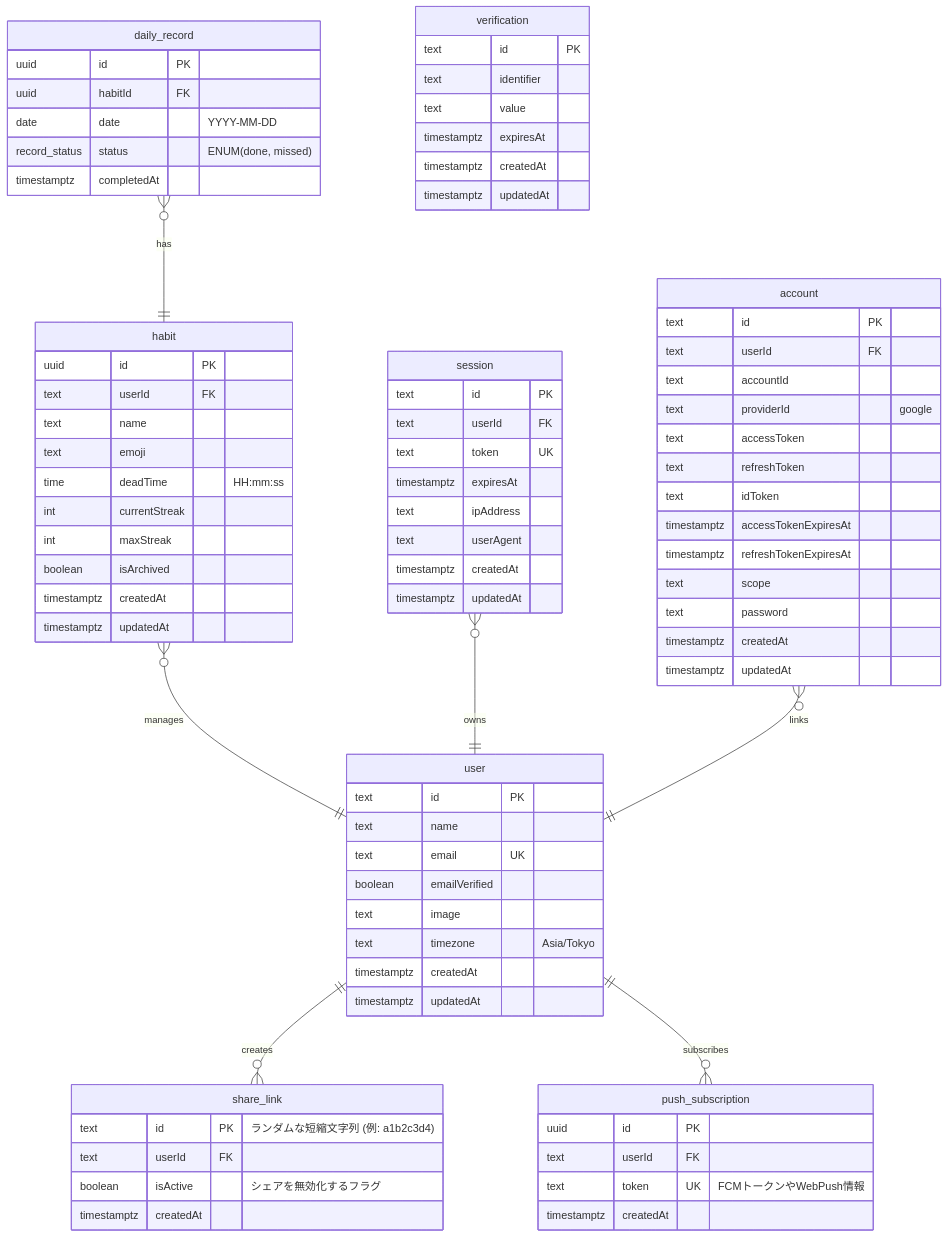
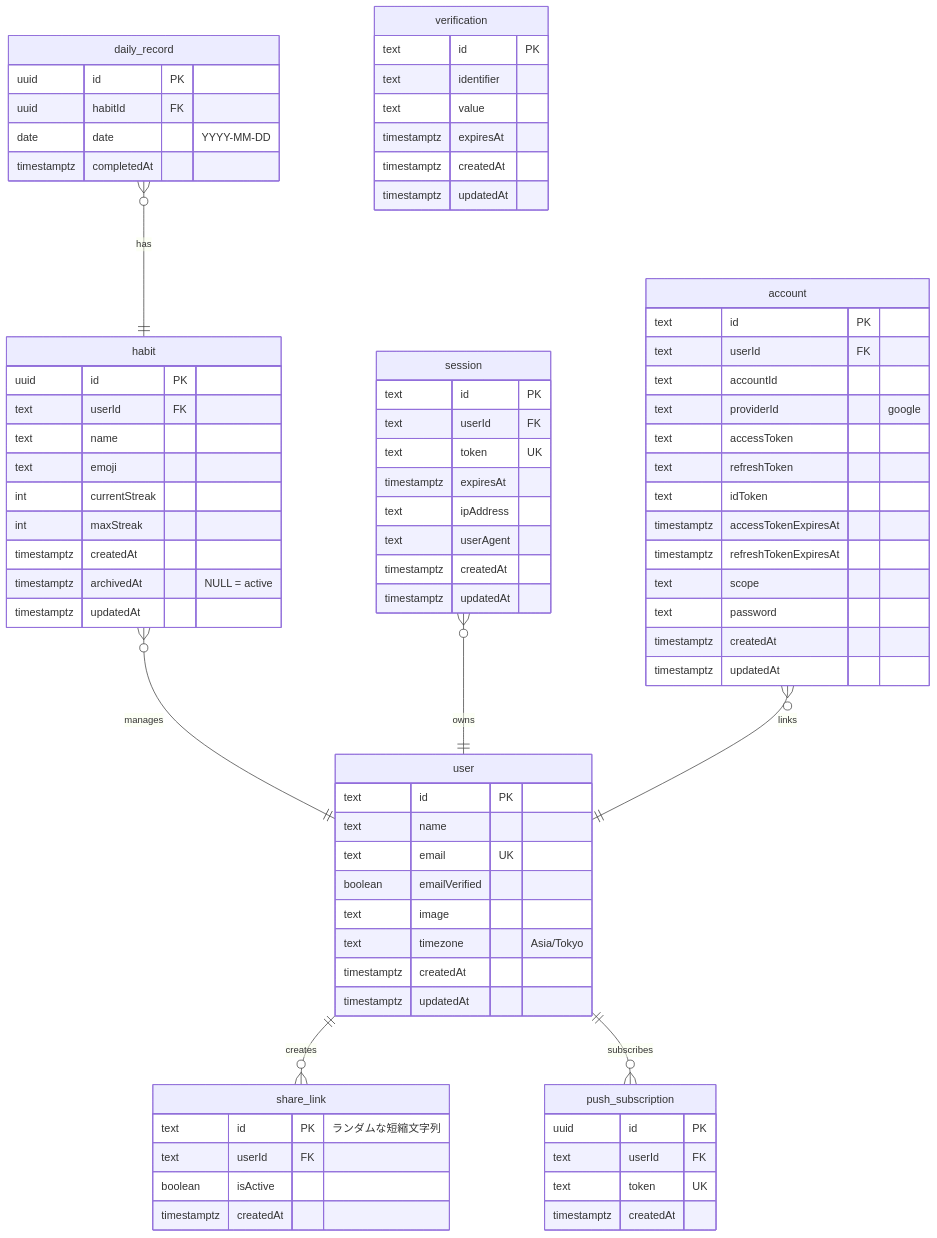
The diagram in docs/db.md (devegoma/dailygreen), drawn with Mermaid before and after one commit. The commit also changed other lines of this file and 1 other file, not shown here.

````diff
--- a/docs/db.md
+++ b/docs/db.md
@@ -20,9 +28,8 @@
         uuid id PK
         uuid habitId FK
         date date "YYYY-MM-DD"
-        record_status status "ENUM(done, missed)"
         timestamptz completedAt
-        %% UK: habitId と date の複合ユニーク制約（同一日の二重登録防止）
+        %% UK: habitId と date の複合ユニーク制約
     }
 
     habit {
@@ -30,11 +37,10 @@
         text userId FK
         text name
         text emoji
-        time deadTime "HH:mm:ss"
         int currentStreak
         int maxStreak
-        boolean isArchived
         timestamptz createdAt
+        timestamptz archivedAt "NULL = active"
         timestamptz updatedAt
     }
 
@@ -86,17 +92,16 @@
     }
 
     share_link {
-        text id PK "ランダムな短縮文字列 (例: a1b2c3d4)"
+        text id PK "ランダムな短縮文字列"
         text userId FK
-        boolean isActive "シェアを無効化するフラグ"
+        boolean isActive
         timestamptz createdAt
     }
 
     push_subscription {
         uuid id PK
         text userId FK
-        text token UK "FCMトークンやWebPush情報"
+        text token UK
         timestamptz createdAt
     }
-
 ```
````
